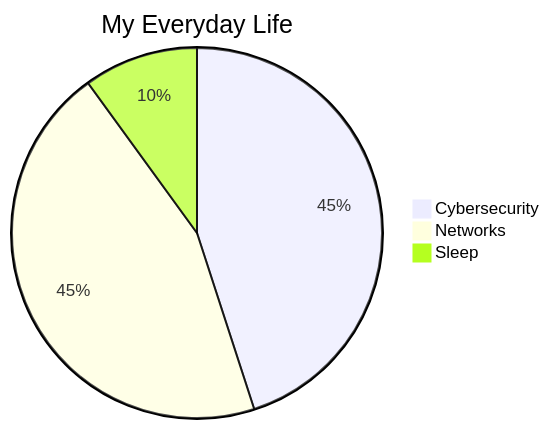
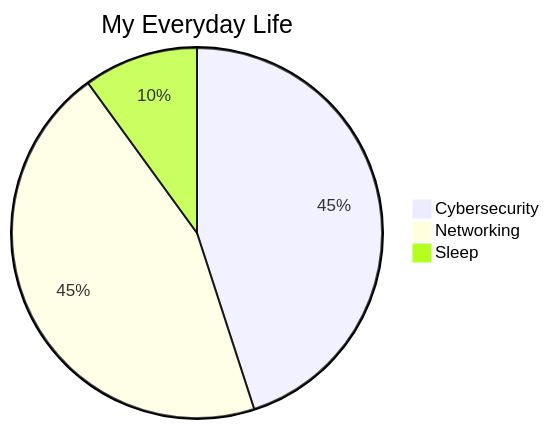
One commit to dandeviant/INFINEON changed the first of 3 diagrams in IT/IT - Linux/Diagrams.md. Above: the diagram before and after it, drawn with Mermaid. The commit also changed 1 other file, not shown here.

Commit message:
vault backup: 2024-02-28 08:06:05

````diff
--- a/IT/IT - Linux/Diagrams.md
+++ b/IT/IT - Linux/Diagrams.md
@@ -7,6 +7,6 @@
 ```mermaid
 pie title My Everyday Life
 "Cybersecurity": 45
-"Networks": 45
+"Networking": 45
 "Sleep": 10
 ```
````
